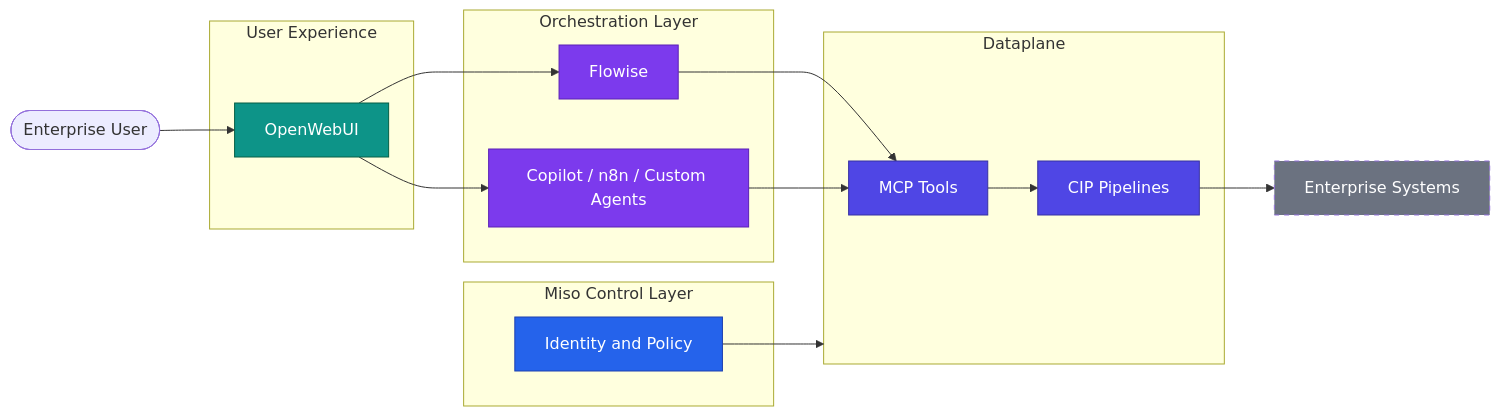
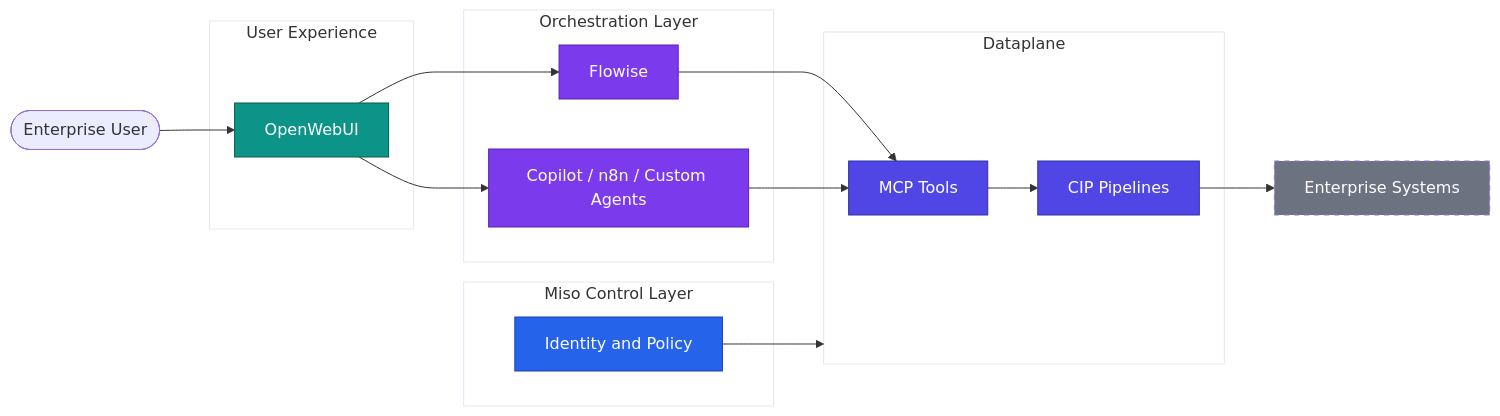
One commit to esystemsdev/aifabrix-docs changed the diagram in docs/orchestration-layer/orchestration-layer.md. Above: the diagram before and after it, drawn with Mermaid. The commit also changed 5 other files, not shown here.

First line of the commit message:
docs: update controller, orchestration, interface, enterprise, open-standards, and d360 handoff

````diff
--- a/docs/orchestration-layer/orchestration-layer.md
+++ b/docs/orchestration-layer/orchestration-layer.md
@@ -13,40 +13,57 @@
 ```mermaid
 flowchart LR
 
-classDef control fill:#2563EB,color:#ffffff,stroke:#1E40AF;
-classDef core fill:#4F46E5,color:#ffffff,stroke:#3730A3;
-classDef flow fill:#7C3AED,color:#ffffff,stroke:#5B21B6;
-classDef ui fill:#0D9488,color:#ffffff,stroke:#065F46;
-classDef external fill:#6B7280,color:#ffffff,stroke-dasharray: 5 5;
+%% ==================================================
+%% Class Definitions (Mandatory) [cite: 68-75]
+%% ==================================================
+classDef control fill:#2563EB,color:#ffffff,stroke:#1E40AF
+classDef core fill:#4F46E5,color:#ffffff,stroke:#3730A3
+classDef flow fill:#7C3AED,color:#ffffff,stroke:#5B21B6
+classDef ui fill:#0D9488,color:#ffffff,stroke:#065F46
+classDef external fill:#6B7280,color:#ffffff,stroke-dasharray: 5 5
 
+%% Neutralize subgraph backgrounds for architectural neutrality [cite: 144]
+style ux_layer fill:none,stroke:#E2E8F0
+style orchestration_layer fill:none,stroke:#E2E8F0
+style dataplane_layer fill:none,stroke:#E2E8F0
+style miso_control_layer fill:none,stroke:#E2E8F0
+
+%% ==================================================
+%% Nodes & Subgraphs [cite: 51, 83-93]
+%% ==================================================
 enterprise_user([Enterprise User])
 
 subgraph ux_layer["User Experience"]
-  openwebui["OpenWebUI"]:::ui
+    open_webui["OpenWebUI"]:::ui
 end
 
 subgraph orchestration_layer["Orchestration Layer"]
-  flowise["Flowise"]:::flow
-  third_party["Copilot / n8n / Custom Agents"]:::flow
+    flowise_engine["Flowise"]:::flow
+    third_party_agents["Copilot / n8n / Custom Agents"]:::flow
 end
 
-subgraph dataplane["Dataplane"]
-  mcp_tools["MCP Tools"]:::core
-  cip_tools["CIP Pipelines"]:::core
+subgraph dataplane_layer["Dataplane"]
+    mcp_tools["MCP Tools"]:::core
+    cip_tools["CIP Pipelines"]:::core
 end
 
-subgraph miso_control["Miso Control Layer"]
-  identity_policy["Identity and Policy"]:::control
+subgraph miso_control_layer["Miso Control Layer"]
+    identity_policy["Identity and Policy"]:::control
 end
 
 enterprise_systems["Enterprise Systems"]:::external
 
-enterprise_user --> openwebui --> flowise
-openwebui --> third_party
+%% ==================================================
+%% Relationships & Flow [cite: 101-107]
+%% ==================================================
+enterprise_user --> open_webui
+open_webui --> flowise_engine
+open_webui --> third_party_agents
 
-flowise --> mcp_tools --> cip_tools
-third_party --> mcp_tools
+flowise_engine --> mcp_tools
+third_party_agents --> mcp_tools
+mcp_tools --> cip_tools
 
-identity_policy --> dataplane
+identity_policy --> dataplane_layer
 cip_tools --> enterprise_systems
 ```
````
